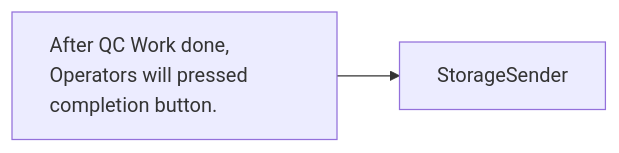
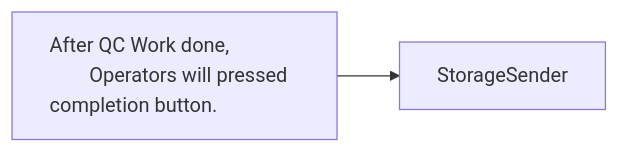
One commit to luthfiadityaa/SimeDarby-Wiki changed the sixth of 23 diagrams in Basic-Design/DFD-WMS/Retrieval/QC-Setting/QC-Work-from-Retrieval-for-QC-Start.md. Above: the diagram before and after it, drawn with Mermaid.

Commit message:
Updated QC Work from Retrieval for QC Start

```diff
--- a/Basic-Design/DFD-WMS/Retrieval/QC-Setting/QC-Work-from-Retrieval-for-QC-Start.md
+++ b/Basic-Design/DFD-WMS/Retrieval/QC-Setting/QC-Work-from-Retrieval-for-QC-Start.md
@@ -218,13 +218,14 @@
 ::: mermaid
 flowchart LR
     input[
-        After QC Work done, Operators will pressed completion button.
+        After QC Work done, 
+        Operators will pressed completion button.
     ]
 
     className[StorageSender]
 
     input-->className
 
     classDef leftAlign text-align:left;
     class input leftAlign;
 :::
```
